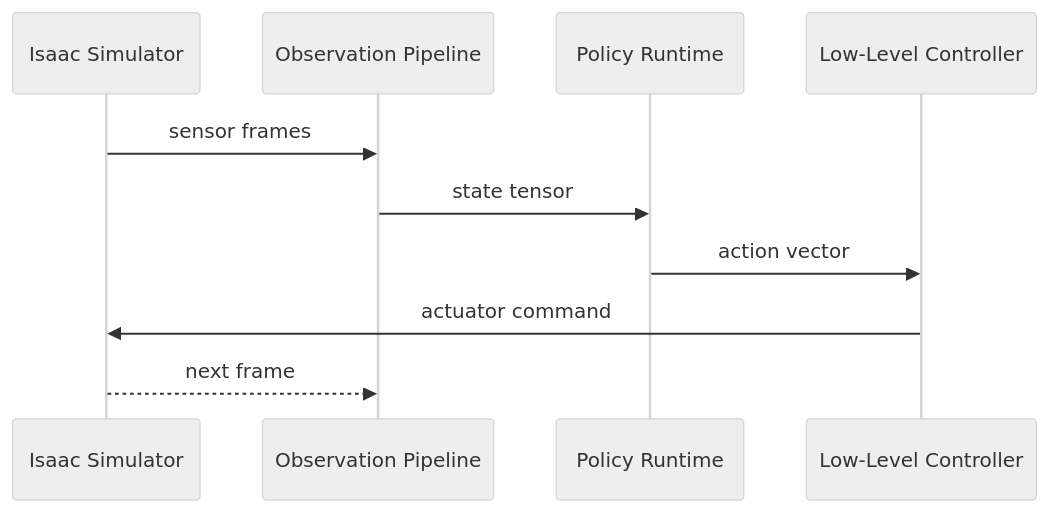
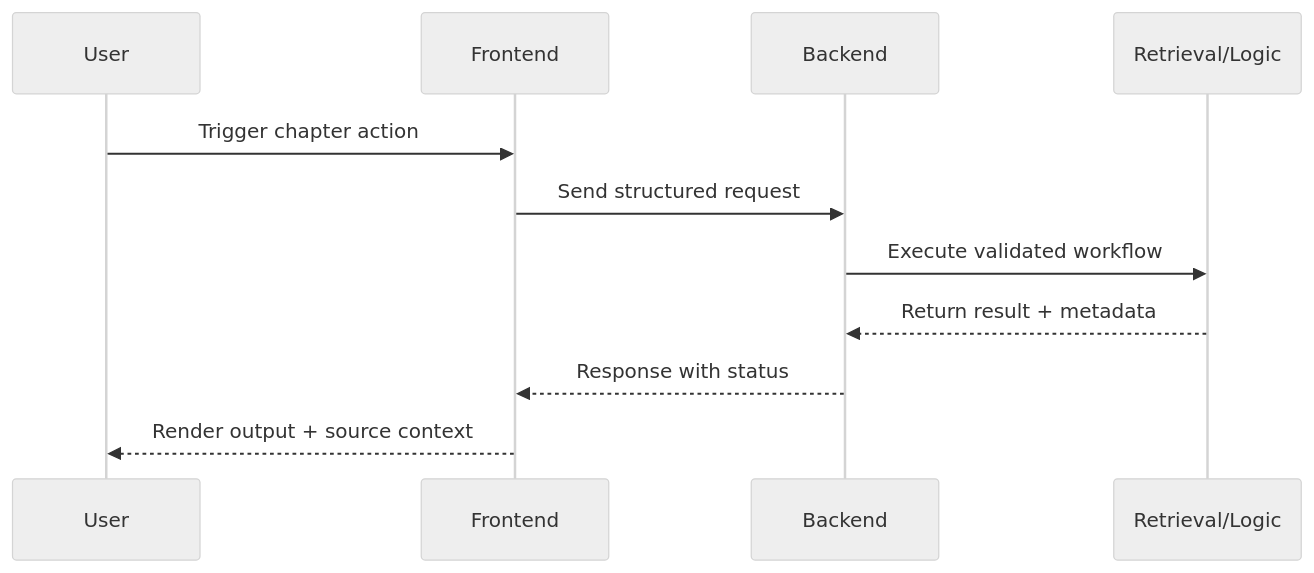
One commit to MariumAfzal2703/physical-ai-humanoid-robotics-textbook changed the third of 3 diagrams in docs/module-3-isaac/overview.mdx. Above: the diagram before and after it, drawn with Mermaid (neutral theme). The commit also changed other lines of this file and 20 other files, not shown here.

````diff
--- a/docs/module-3-isaac/overview.mdx
+++ b/docs/module-3-isaac/overview.mdx
@@ -25,12 +116,13 @@
 ```mermaid
 sequenceDiagram
-  participant Sim as Isaac Simulator
-  participant Obs as Observation Pipeline
-  participant Policy as Policy Runtime
-  participant Ctrl as Low-Level Controller
-  Sim->>Obs: sensor frames
-  Obs->>Policy: state tensor
-  Policy->>Ctrl: action vector
-  Ctrl->>Sim: actuator command
-  Sim-->>Obs: next frame
+  participant U as User
+  participant UI as Frontend
+  participant API as Backend
+  participant R as Retrieval/Logic
+  U->>UI: Trigger chapter action
+  UI->>API: Send structured request
+  API->>R: Execute validated workflow
+  R-->>API: Return result + metadata
+  API-->>UI: Response with status
+  UI-->>U: Render output + source context
 ```
````
